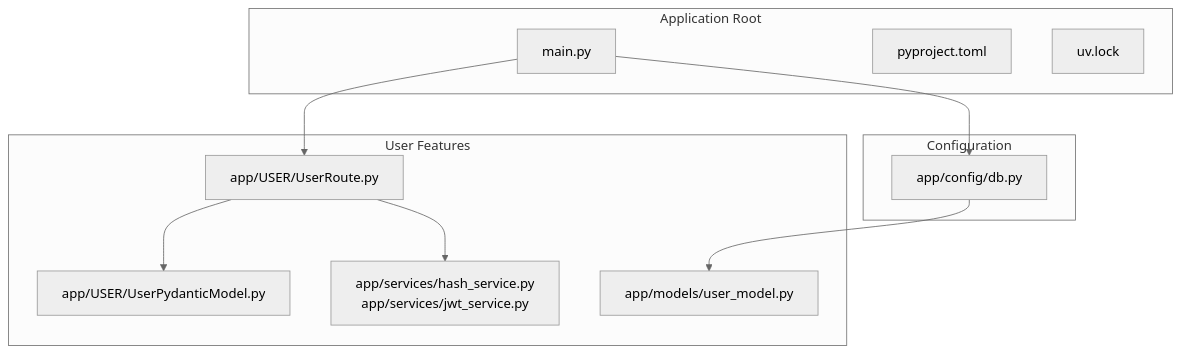
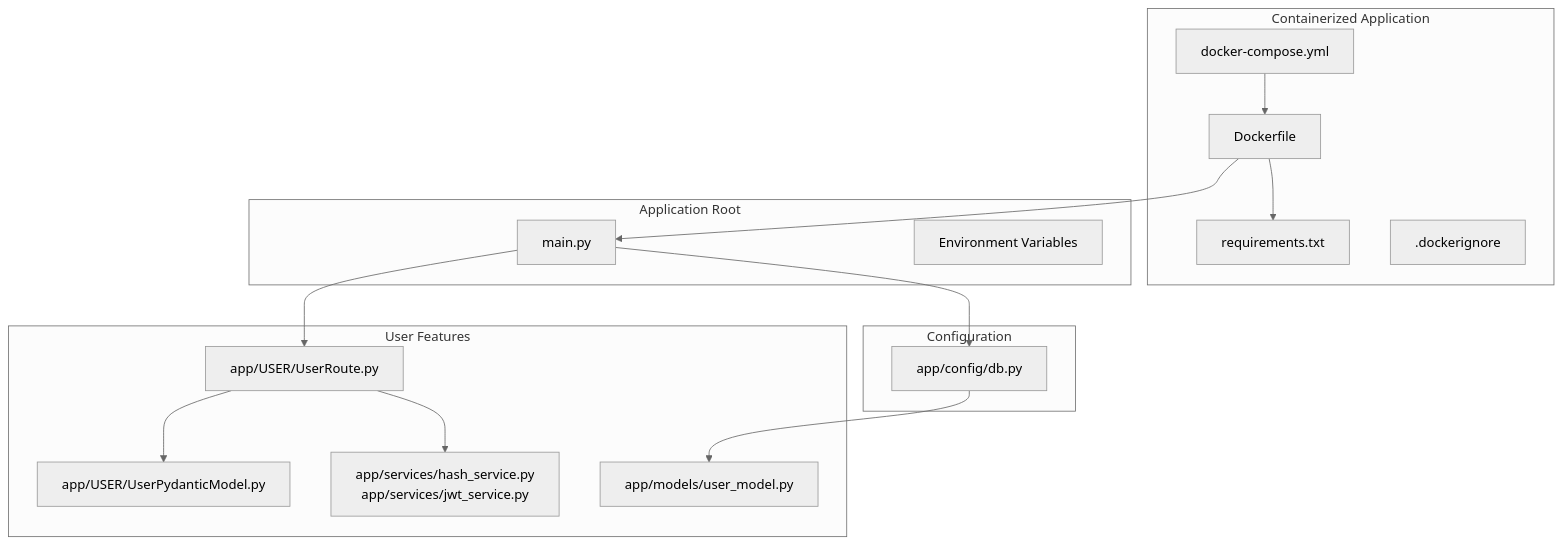
Before and after one commit to srikant-panda/auth-service: the first of 7 diagrams in .qoder/repowiki/en/content/Testing and Deployment/Deployment and Containerization.md, drawn with Mermaid (neutral theme). The commit also changed other lines of this file and 7 other files, not shown here.

First line of the commit message:
feat: extract BASE_URL to config and add Docker environment template

````diff
--- a/.qoder/repowiki/en/content/Testing and Deployment/Deployment and Containerization.md
+++ b/.qoder/repowiki/en/content/Testing and Deployment/Deployment and Containerization.md
@@ -39,22 +43,30 @@
 ```mermaid
 graph TB
+subgraph "Containerized Application"
+DOCKERFILE["Dockerfile"]
+REQTXT["requirements.txt"]
+DOCKERIGNORE[".dockerignore"]
+COMPOSE["docker-compose.yml"]
+end
 subgraph "Application Root"
 MAIN["main.py"]
-PYPROJECT["pyproject.toml"]
-UVLOCK["uv.lock"]
+ENV["Environment Variables"]
 end
 subgraph "Configuration"
 DB["app/config/db.py"]
 end
 subgraph "User Features"
 ROUTER["app/USER/UserRoute.py"]
 MODEL["app/USER/UserPydanticModel.py"]
 SERVICES["app/services/hash_service.py<br/>app/services/jwt_service.py"]
 MODELS["app/models/user_model.py"]
 end
+DOCKERFILE --> REQTXT
+DOCKERFILE --> MAIN
+COMPOSE --> DOCKERFILE
 MAIN --> DB
 MAIN --> ROUTER
 ROUTER --> MODEL
 ROUTER --> SERVICES
 DB --> MODELS
 ```
````
